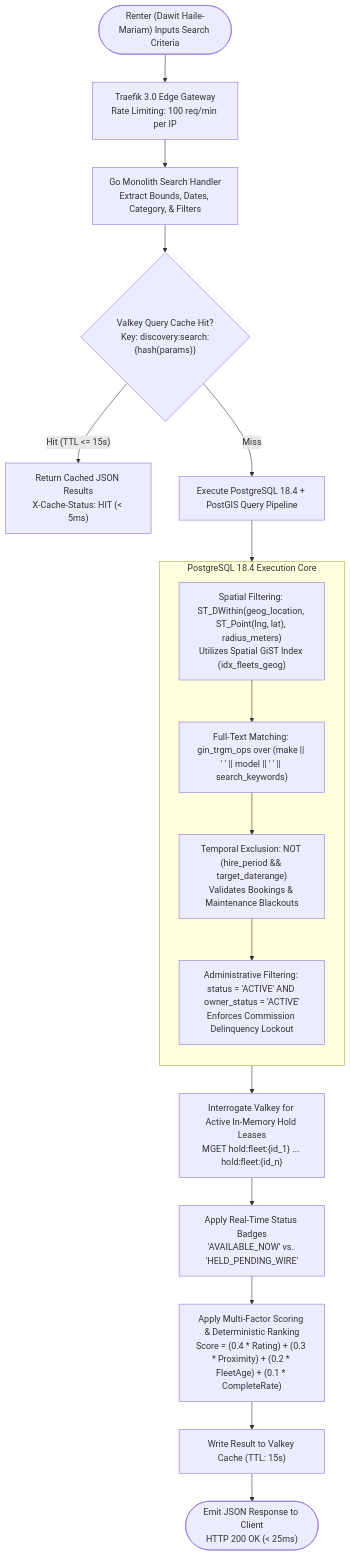
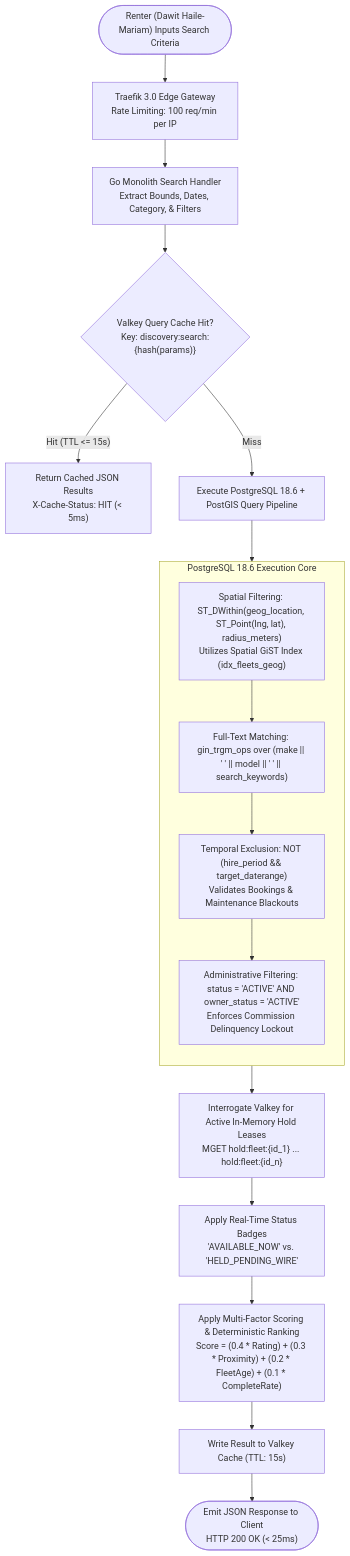
Before and after one commit to YDink/Heavy-Machinery-Logistics-Rental: the first of 5 diagrams in docs/shared/requirements/05-04-fleet-discovery-search-comparison.md, drawn with Mermaid. The commit also changed other lines of this file and 212 other files, not shown here.

````diff
--- a/docs/shared/requirements/05-04-fleet-discovery-search-comparison.md
+++ b/docs/shared/requirements/05-04-fleet-discovery-search-comparison.md
@@ -84,31 +84,31 @@
 ```mermaid
 flowchart TD
     User(["Renter (Dawit Haile-Mariam) Inputs Search Criteria"]) --> Ingress["Traefik 3.0 Edge Gateway<br/>Rate Limiting: 100 req/min per IP"]
     
     Ingress --> ParseParams["Go Monolith Search Handler<br/>Extract Bounds, Dates, Category, & Filters"]
     
     ParseParams --> CheckCache{"Valkey Query Cache Hit?<br/>Key: discovery:search:{hash(params)}"}
     CheckCache -->|"Hit (TTL <= 15s)"| ReturnCached["Return Cached JSON Results<br/>X-Cache-Status: HIT (< 5ms)"]
     
-    CheckCache -->|"Miss"| ExecPipeline["Execute PostgreSQL 18.4 + PostGIS Query Pipeline"]
+    CheckCache -->|"Miss"| ExecPipeline["Execute PostgreSQL 18.6 + PostGIS Query Pipeline"]
     
-    subgraph QueryExecution["PostgreSQL 18.4 Execution Core"]
+    subgraph QueryExecution["PostgreSQL 18.6 Execution Core"]
         direction TB
         Q1["Spatial Filtering: ST_DWithin(geog_location, ST_Point(lng, lat), radius_meters)<br/>Utilizes Spatial GiST Index (idx_fleets_geog)"]
         Q2["Full-Text Matching: gin_trgm_ops over (make || ' ' || model || ' ' || search_keywords)"]
         Q3["Temporal Exclusion: NOT (hire_period && target_daterange)<br/>Validates Bookings & Maintenance Blackouts"]
         Q4["Administrative Filtering: status = 'ACTIVE' AND owner_status = 'ACTIVE'<br/>Enforces Commission Delinquency Lockout"]
         
         Q1 --> Q2 --> Q3 --> Q4
     end
     
     ExecPipeline --> QueryExecution
     QueryExecution --> FetchLeases["Interrogate Valkey for Active In-Memory Hold Leases<br/>MGET hold:fleet:{id_1} ... hold:fleet:{id_n}"]
     
     FetchLeases --> ApplyBadges["Apply Real-Time Status Badges<br/>'AVAILABLE_NOW' vs. 'HELD_PENDING_WIRE'"]
     
     ApplyBadges --> ScoreRank["Apply Multi-Factor Scoring & Deterministic Ranking<br/>Score = (0.4 * Rating) + (0.3 * Proximity) + (0.2 * FleetAge) + (0.1 * CompleteRate)"]
     
     ScoreRank --> WriteCache["Write Result to Valkey Cache (TTL: 15s)"]
     WriteCache --> ReturnClient(["Emit JSON Response to Client<br/>HTTP 200 OK (< 25ms)"])
 ```
````
